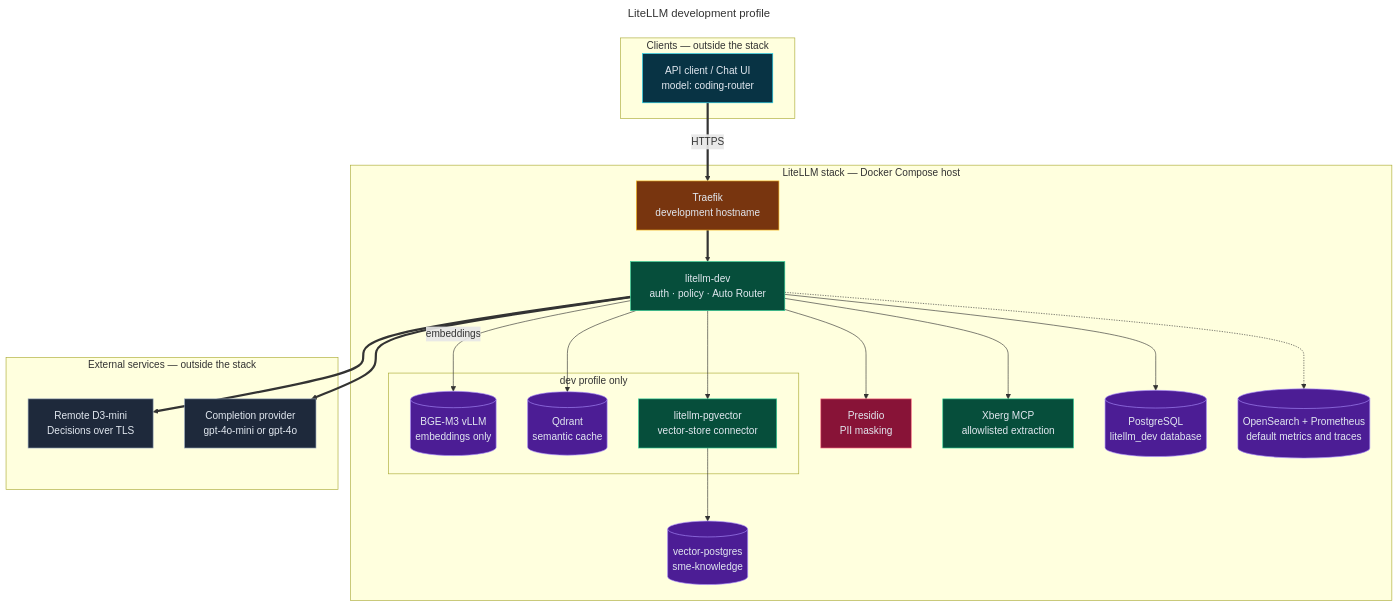
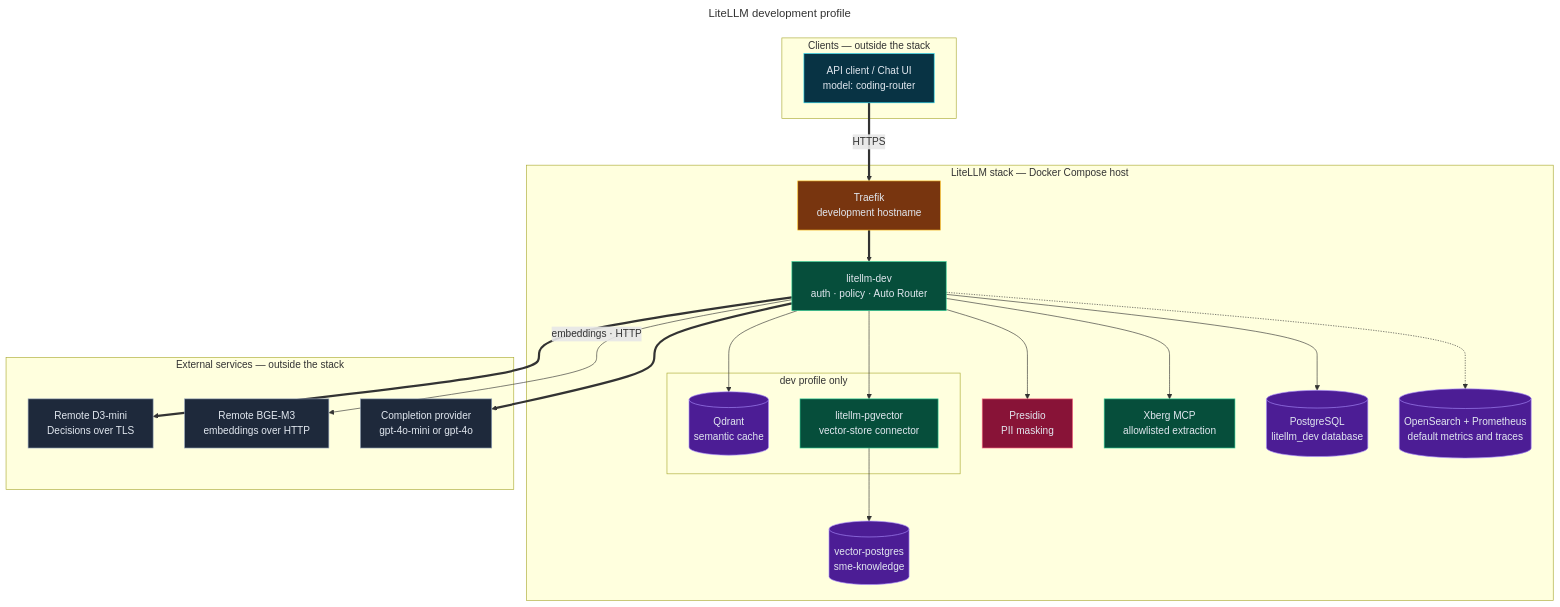
Before and after one commit to bella-1337/effective-spoon: the diagram in diagrams/22-dev-profile.mmd, drawn with Mermaid. The commit also changed 46 other files, not shown here.

First line of the commit message:
Serve D3-mini and BGE-M3 from a separate GPU host stack

```diff
--- a/diagrams/22-dev-profile.mmd
+++ b/diagrams/22-dev-profile.mmd
@@ -1,63 +1,63 @@
 ---
 title: LiteLLM development profile
 ---
 flowchart TD
   %% Source for 22-dev-profile.html. Edit this file, then run ./scripts/render-diagrams.py.
   %% Directives: docs in diagrams/README.md (Updating diagrams).
   %% @mode architecture
-  %% @subtitle litellm-dev owns client policy and uses remote D3-mini only for coding-tier decisions; local models stay inside the stack
+  %% @subtitle litellm-dev owns client policy; the remote GPU host serves D3-mini coding-tier decisions over TLS and BGE-M3 embeddings over plain HTTP
   %% @card cyan | Request path | Clients and the beta Chat UI use the development hostname | litellm-dev authenticates, applies policy, and runs the Auto Router | D3-mini returns a tier; the completion goes to gpt-4o-mini or gpt-4o
-  %% @card violet | Dev-only services | BGE-M3 vLLM embeds for the semantic cache, tool filter, and pgvector | Qdrant holds the opt-in semantic cache on tmpfs | litellm-pgvector serves the sme-knowledge store
-  %% @card rose | Boundaries | Embeddings never pass through D3-mini | Xberg egress is limited by the Squid allowlist | Do not expose the dev profile or its debug logs to untrusted users
+  %% @card violet | Dev-only services | Remote BGE-M3 embeds for the semantic cache, tool filter, and pgvector | Qdrant holds the opt-in semantic cache on tmpfs | litellm-pgvector serves the sme-knowledge store
+  %% @card rose | Boundaries | Embeddings never pass through D3-mini; the BGE-M3 link is plain HTTP on a private network | Xberg egress is limited by the Squid allowlist | Do not expose the dev profile or its debug logs to untrusted users
   %% @tier 0: API
   %% @tier 1: TR
   %% @tier 2: LD
-  %% @tier 3: BGE QD CON
+  %% @tier 3: QD CON
   %% @tier 4: PR XB PG VP
   %% @tier 5: OBS
-  %% @tier 6: D3 OAI
+  %% @tier 6: D3 BGE OAI
   %% @journey #22d3ee: API TR LD D3
   %% @journey #34d399: LD OAI
   %% @journey #a78bfa: LD CON VP
 
   subgraph CL["Clients — outside the stack"]
     API["API client / Chat UI<br/>model: coding-router"]:::frontend
   end
   subgraph ST["LiteLLM stack — Docker Compose host"]
     TR["Traefik<br/>development hostname"]:::cloud
     LD["litellm-dev<br/>auth · policy · Auto Router"]:::backend
     subgraph DEV["dev profile only"]
-      BGE[("BGE-M3 vLLM<br/>embeddings only")]:::database
       QD[("Qdrant<br/>semantic cache")]:::database
       CON["litellm-pgvector<br/>vector-store connector"]:::backend
     end
     PR["Presidio<br/>PII masking"]:::security
     XB["Xberg MCP<br/>allowlisted extraction"]:::backend
     PG[("PostgreSQL<br/>litellm_dev database")]:::database
     VP[("vector-postgres<br/>sme-knowledge")]:::database
     OBS[("OpenSearch + Prometheus<br/>default metrics and traces")]:::database
   end
   subgraph EX["External services — outside the stack"]
     D3["Remote D3-mini<br/>Decisions over TLS"]:::external
+    BGE["Remote BGE-M3<br/>embeddings over HTTP"]:::external
     OAI["Completion provider<br/>gpt-4o-mini or gpt-4o"]:::external
   end
 
   API ==>|"HTTPS"| TR
   TR ==> LD
-  LD -->|"embeddings"| BGE
+  LD -->|"embeddings · HTTP"| BGE
   LD --> QD
   LD --> CON
   CON --> VP
   LD --> PR
   LD --> XB
   LD --> PG
   LD -.-> OBS
   LD ==> D3
   LD ==> OAI
 
   classDef backend fill:#064e3b,stroke:#34d399,color:#e2e8f0
   classDef cloud fill:#78350f,stroke:#fbbf24,color:#e2e8f0
   classDef database fill:#4c1d95,stroke:#a78bfa,color:#e2e8f0
   classDef external fill:#1e293b,stroke:#94a3b8,color:#e2e8f0
   classDef frontend fill:#083344,stroke:#22d3ee,color:#e2e8f0
   classDef security fill:#881337,stroke:#fb7185,color:#e2e8f0
```
